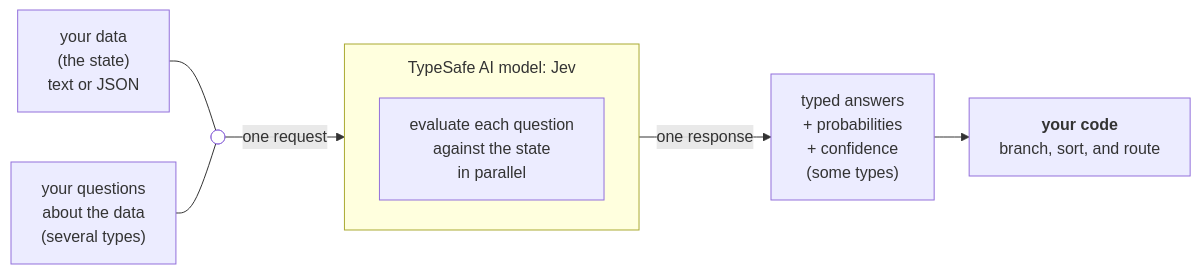
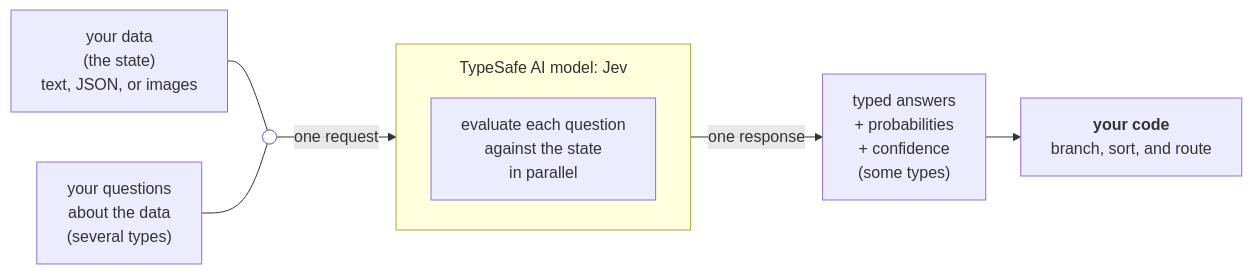
Before and after one commit to IamKrill1n/typesafe-docs: the diagram in docs/introduction.md, drawn with Mermaid. The commit also changed other lines of this file and 26 other files, not shown here.

````diff
--- a/docs/introduction.md
+++ b/docs/introduction.md
@@ -9,24 +9,24 @@
 ```mermaid actions={true}
 %%{init: {"fontFamily": "Inter, sans-serif", "flowchart": {"rankSpacing": 35, "wrappingWidth": 300, "subGraphTitleMargin": {"top": 12, "bottom": 12}}}}%%
 flowchart LR
-    state["your data<br/>(the state)<br/>text or JSON"]
+    state["your data<br/>(the state)<br/>text, JSON, or images"]
     questions["your questions<br/>about the data<br/>(several types)"]
 
     %% not a node - the point where the two lines join into one request
     join@{ shape: f-circ }
 
     subgraph model["TypeSafe AI model: Jev"]
         evaluate["evaluate each question<br/>against the state<br/>in parallel"]
     end
 
     state --- join
     questions --- join
     join -- "one request" --> model
     model -- "one response" --> answers["typed answers<br/>+ probabilities<br/>+ confidence<br/>(some types)"]
     answers --> code["<b>your code</b><br/>branch, sort, and route"]
 
     %% fill:none drops mermaid's own dot; .junction in styles.css redraws
     %% the shape as the three short arms that bridge the join.
     classDef junction fill:none
     class join junction
 ```
````
